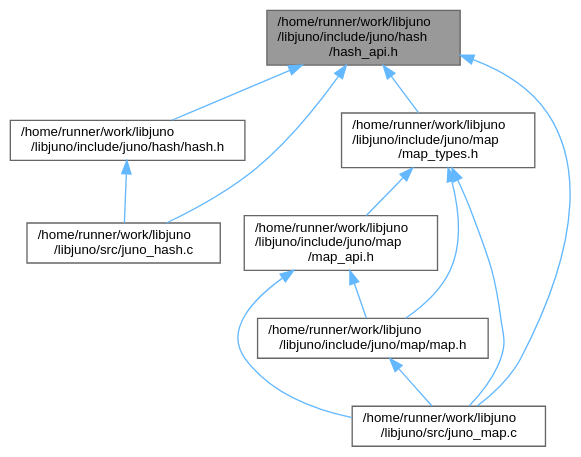
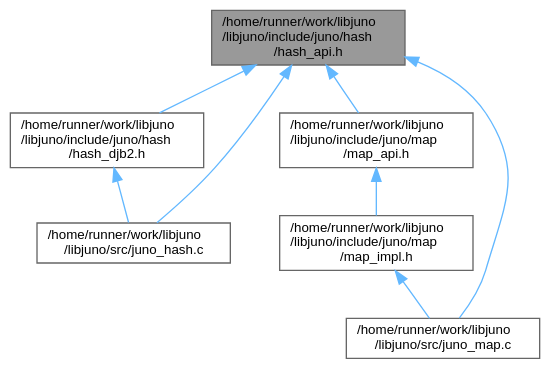
Before and after one commit to robinonsay/libjuno: the diagram in hash__api_8h__dep__incl.dot, drawn with Graphviz. The commit also changed 272 other files, not shown here.

```diff
--- a/hash__api_8h__dep__incl.dot
+++ b/hash__api_8h__dep__incl.dot
@@ -1,25 +1,20 @@
 digraph "/home/runner/work/libjuno/libjuno/include/juno/hash/hash_api.h"
 {
  // LATEX_PDF_SIZE
   bgcolor="transparent";
   edge [fontname=Helvetica,fontsize=10,labelfontname=Helvetica,labelfontsize=10];
   node [fontname=Helvetica,fontsize=10,shape=box,height=0.2,width=0.4];
   Node1 [id="Node000001",label="/home/runner/work/libjuno\l/libjuno/include/juno/hash\l/hash_api.h",height=0.2,width=0.4,color="gray40", fillcolor="grey60", style="filled", fontcolor="black",tooltip=" "];
   Node1 -> Node2 [id="edge1_Node000001_Node000002",dir="back",color="steelblue1",style="solid",tooltip=" "];
-  Node2 [id="Node000002",label="/home/runner/work/libjuno\l/libjuno/include/juno/hash/hash.h",height=0.2,width=0.4,color="grey40", fillcolor="white", style="filled",URL="$hash_8h.html",tooltip=" "];
+  Node2 [id="Node000002",label="/home/runner/work/libjuno\l/libjuno/include/juno/hash\l/hash_djb2.h",height=0.2,width=0.4,color="grey40", fillcolor="white", style="filled",URL="$hash__djb2_8h.html",tooltip=" "];
   Node2 -> Node3 [id="edge2_Node000002_Node000003",dir="back",color="steelblue1",style="solid",tooltip=" "];
   Node3 [id="Node000003",label="/home/runner/work/libjuno\l/libjuno/src/juno_hash.c",height=0.2,width=0.4,color="grey40", fillcolor="white", style="filled",URL="$juno__hash_8c.html",tooltip=" "];
   Node1 -> Node4 [id="edge3_Node000001_Node000004",dir="back",color="steelblue1",style="solid",tooltip=" "];
-  Node4 [id="Node000004",label="/home/runner/work/libjuno\l/libjuno/include/juno/map\l/map_types.h",height=0.2,width=0.4,color="grey40", fillcolor="white", style="filled",URL="$map__types_8h.html",tooltip=" "];
+  Node4 [id="Node000004",label="/home/runner/work/libjuno\l/libjuno/include/juno/map\l/map_api.h",height=0.2,width=0.4,color="grey40", fillcolor="white", style="filled",URL="$map__api_8h.html",tooltip=" "];
   Node4 -> Node5 [id="edge4_Node000004_Node000005",dir="back",color="steelblue1",style="solid",tooltip=" "];
-  Node5 [id="Node000005",label="/home/runner/work/libjuno\l/libjuno/include/juno/map/map.h",height=0.2,width=0.4,color="grey40", fillcolor="white", style="filled",URL="$map_8h.html",tooltip=" "];
+  Node5 [id="Node000005",label="/home/runner/work/libjuno\l/libjuno/include/juno/map\l/map_impl.h",height=0.2,width=0.4,color="grey40", fillcolor="white", style="filled",URL="$map__impl_8h.html",tooltip=" "];
   Node5 -> Node6 [id="edge5_Node000005_Node000006",dir="back",color="steelblue1",style="solid",tooltip=" "];
   Node6 [id="Node000006",label="/home/runner/work/libjuno\l/libjuno/src/juno_map.c",height=0.2,width=0.4,color="grey40", fillcolor="white", style="filled",URL="$juno__map_8c.html",tooltip=" "];
-  Node4 -> Node7 [id="edge6_Node000004_Node000007",dir="back",color="steelblue1",style="solid",tooltip=" "];
-  Node7 [id="Node000007",label="/home/runner/work/libjuno\l/libjuno/include/juno/map\l/map_api.h",height=0.2,width=0.4,color="grey40", fillcolor="white", style="filled",URL="$map__api_8h.html",tooltip=" "];
-  Node7 -> Node5 [id="edge7_Node000007_Node000005",dir="back",color="steelblue1",style="solid",tooltip=" "];
-  Node7 -> Node6 [id="edge8_Node000007_Node000006",dir="back",color="steelblue1",style="solid",tooltip=" "];
-  Node4 -> Node6 [id="edge9_Node000004_Node000006",dir="back",color="steelblue1",style="solid",tooltip=" "];
-  Node1 -> Node3 [id="edge10_Node000001_Node000003",dir="back",color="steelblue1",style="solid",tooltip=" "];
-  Node1 -> Node6 [id="edge11_Node000001_Node000006",dir="back",color="steelblue1",style="solid",tooltip=" "];
+  Node1 -> Node3 [id="edge6_Node000001_Node000003",dir="back",color="steelblue1",style="solid",tooltip=" "];
+  Node1 -> Node6 [id="edge7_Node000001_Node000006",dir="back",color="steelblue1",style="solid",tooltip=" "];
 }
```
